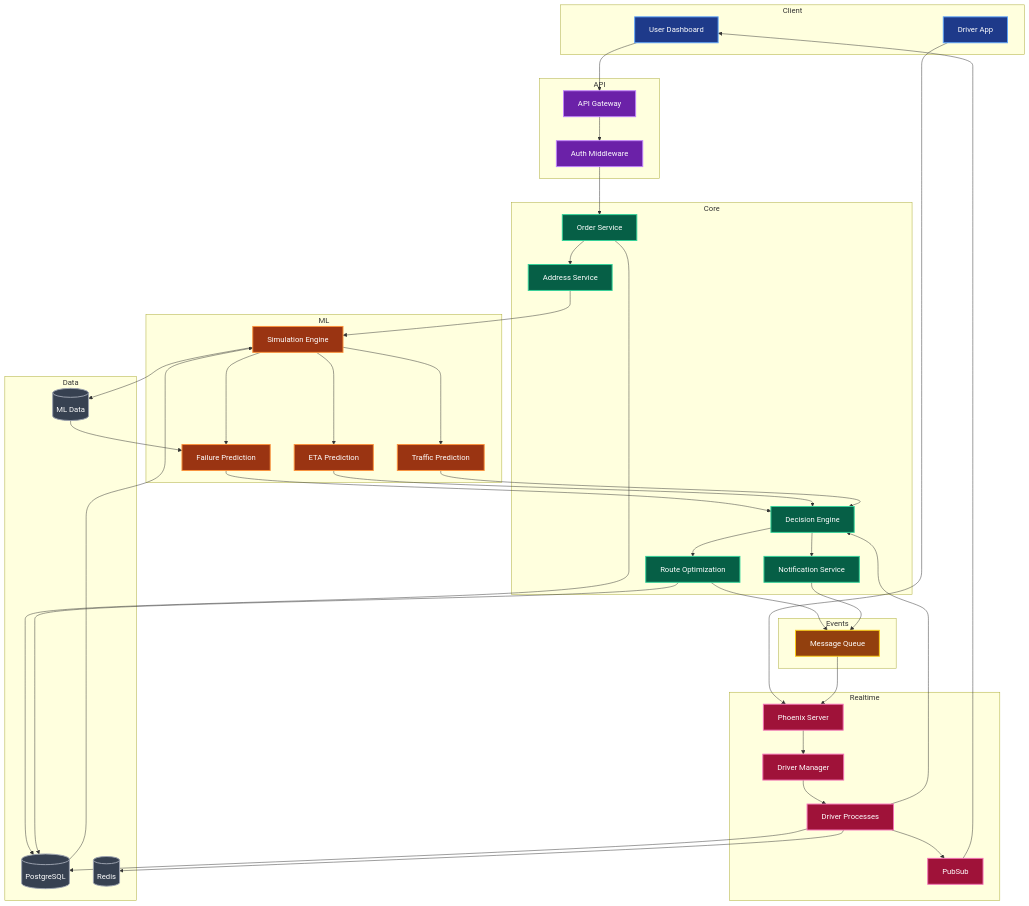
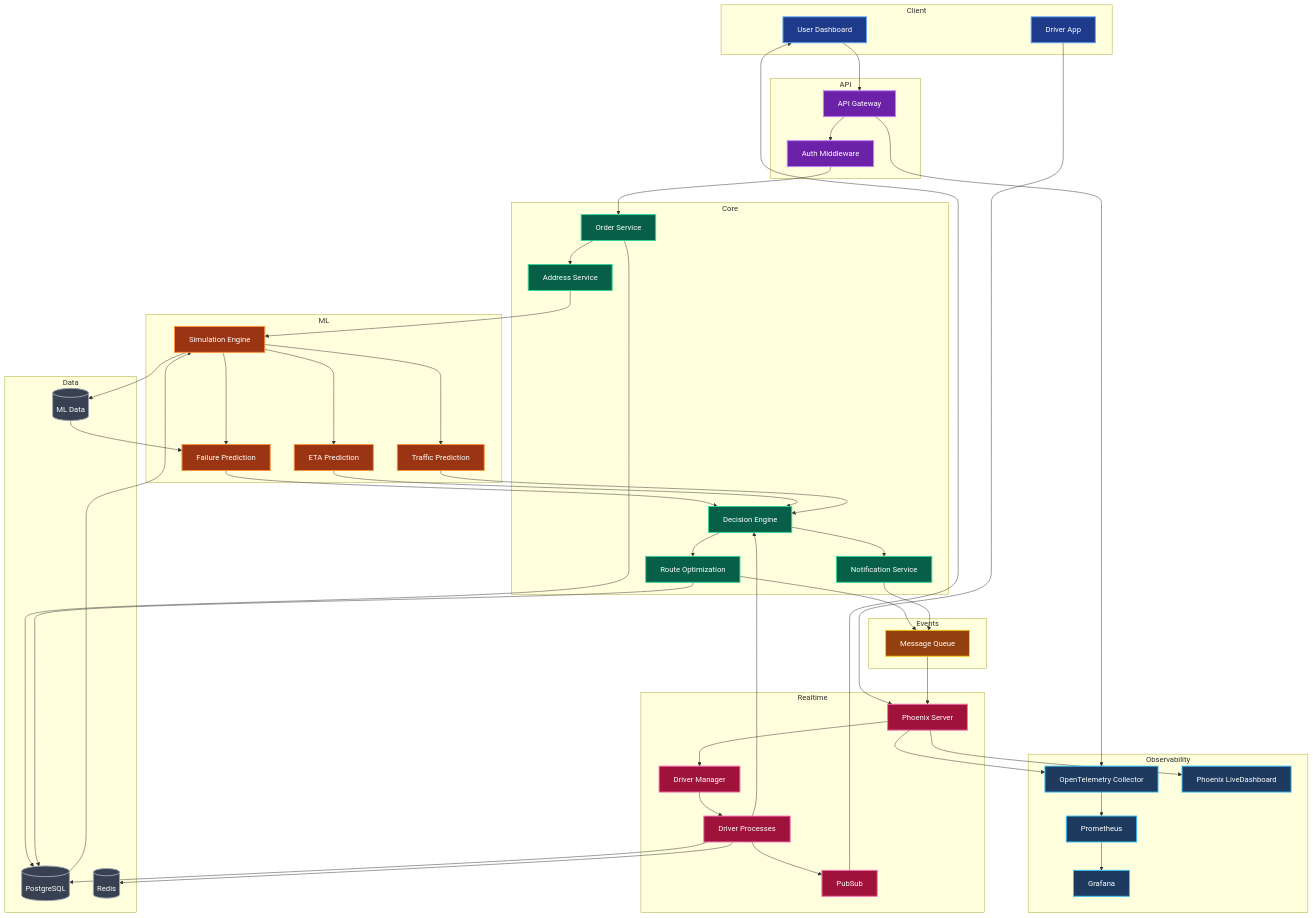
One commit to JUSTMEETPATEL/SynapseRoute-AI changed the diagram in docs/PRD.md. Above: the diagram before and after it, drawn with Mermaid. The commit also changed other lines of this file and 1 other file, not shown here.

````diff
--- a/docs/PRD.md
+++ b/docs/PRD.md
@@ -168,6 +168,14 @@
     G3[(ML Data)]
 end
 
+%% ================= OBSERVABILITY =================
+subgraph Observability
+    H1[OpenTelemetry Collector]
+    H2[Prometheus]
+    H3[Grafana]
+    H4[Phoenix LiveDashboard]
+end
+
 %% ================= FLOW =================
 A1 --> B1
 B1 --> B2
@@ -212,6 +220,12 @@
 C4 --> G1
 D1 --> G3
 
+B1 --> H1
+E1 --> H1
+H1 --> H2
+H2 --> H3
+E1 --> H4
+
 %% ================= STYLING =================
 
 classDef client fill:#1e3a8a,stroke:#60a5fa,color:#ffffff,stroke-width:2px;
@@ -221,6 +235,7 @@
 classDef realtime fill:#9f1239,stroke:#f472b6,color:#ffffff,stroke-width:2px;
 classDef events fill:#92400e,stroke:#facc15,color:#ffffff,stroke-width:2px;
 classDef data fill:#374151,stroke:#9ca3af,color:#ffffff,stroke-width:2px;
+classDef observability fill:#1e3a5f,stroke:#38bdf8,color:#ffffff,stroke-width:2px;
 
 class A1,A2 client;
 class B1,B2 api;
@@ -229,4 +244,5 @@
 class E1,E2,E3,E4 realtime;
 class F1 events;
 class G1,G2,G3 data;
+class H1,H2,H3,H4 observability;
 ```
````
